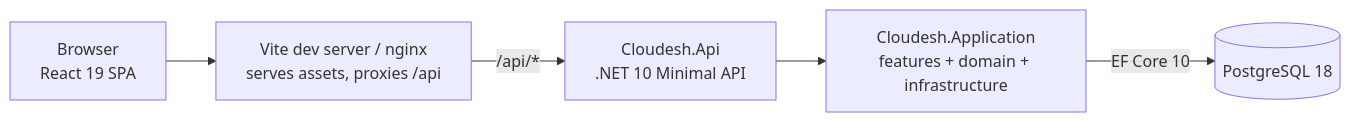
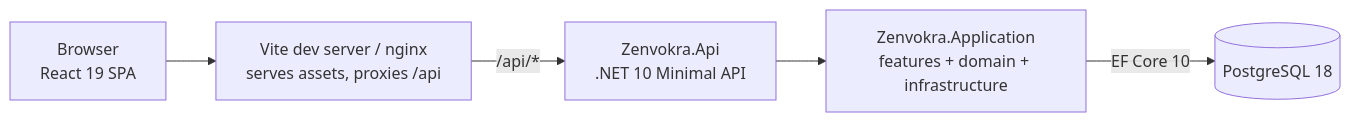
One commit to Abdulla12212/zenvokra-hr changed the first of 4 diagrams in docs/ARCHITECTURE.md. Above: the diagram before and after it, drawn with Mermaid. The commit also changed other lines of this file and 391 other files, not shown here.

````diff
--- a/docs/ARCHITECTURE.md
+++ b/docs/ARCHITECTURE.md
@@ -16,13 +16,13 @@
 ```mermaid
 flowchart LR
     Browser["Browser<br/>React 19 SPA"]
     Proxy["Vite dev server / nginx<br/>serves assets, proxies /api"]
-    Api["Cloudesh.Api<br/>.NET 10 Minimal API"]
-    App["Cloudesh.Application<br/>features + domain + infrastructure"]
+    Api["Zenvokra.Api<br/>.NET 10 Minimal API"]
+    App["Zenvokra.Application<br/>features + domain + infrastructure"]
     Db[("PostgreSQL 18")]
 
     Browser --> Proxy
     Proxy -->|"/api/*"| Api
     Api --> App
     App -->|"EF Core 10"| Db
 ```
````
